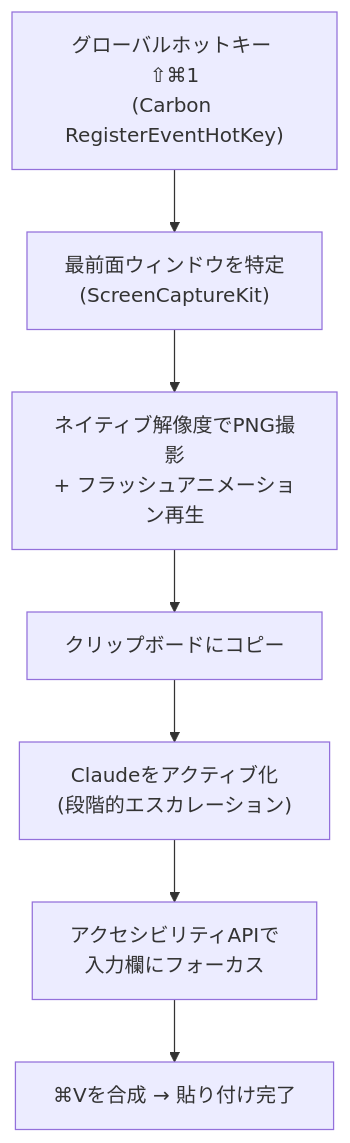
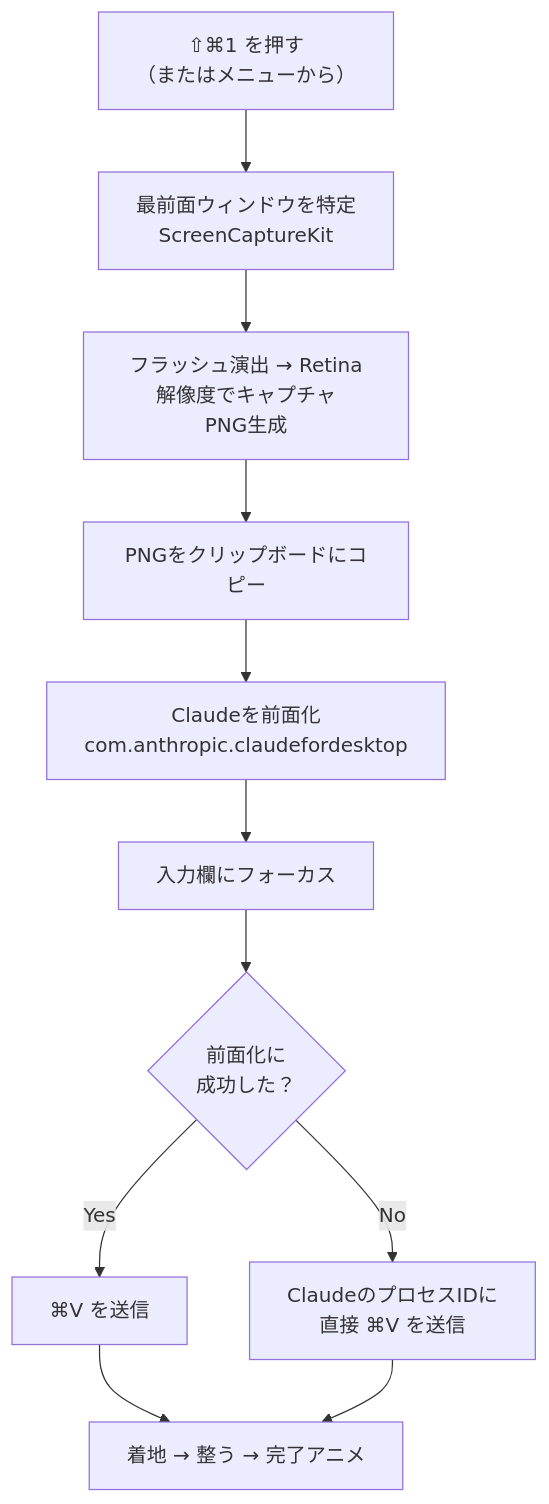
Before and after one commit to MohamedFuad16/ClaudeShot: the diagram in docs/qiita-article.ja.md, drawn with Mermaid. The commit also changed other lines of this file and 2 other files, not shown here.

````diff
--- a/docs/qiita-article.ja.md
+++ b/docs/qiita-article.ja.md
@@ -63,9 +88,13 @@
 ```mermaid
 flowchart TD
-    A["グローバルホットキー ⇧⌘1<br/>(Carbon RegisterEventHotKey)"] --> B["最前面ウィンドウを特定<br/>(ScreenCaptureKit)"]
-    B --> C["ネイティブ解像度でPNG撮影<br/>+ フラッシュアニメーション再生"]
-    C --> D["クリップボードにコピー"]
-    D --> E["Claudeをアクティブ化<br/>(段階的エスカレーション)"]
-    E --> F["アクセシビリティAPIで<br/>入力欄にフォーカス"]
-    F --> G["⌘Vを合成 → 貼り付け完了"]
+    A["⇧⌘1 を押す<br/>（またはメニューから）"] --> B["最前面ウィンドウを特定<br/>ScreenCaptureKit"]
+    B --> C["フラッシュ演出 → Retina解像度でキャプチャ<br/>PNG生成"]
+    C --> D["PNGをクリップボードにコピー"]
+    D --> E["Claudeを前面化<br/>com.anthropic.claudefordesktop"]
+    E --> F["入力欄にフォーカス"]
+    F --> G{"前面化に<br/>成功した？"}
+    G -->|Yes| H["⌘V を送信"]
+    G -->|No| I["ClaudeのプロセスIDに<br/>直接 ⌘V を送信"]
+    H --> J["着地 → 整う → 完了アニメ"]
+    I --> J
 ```
````
